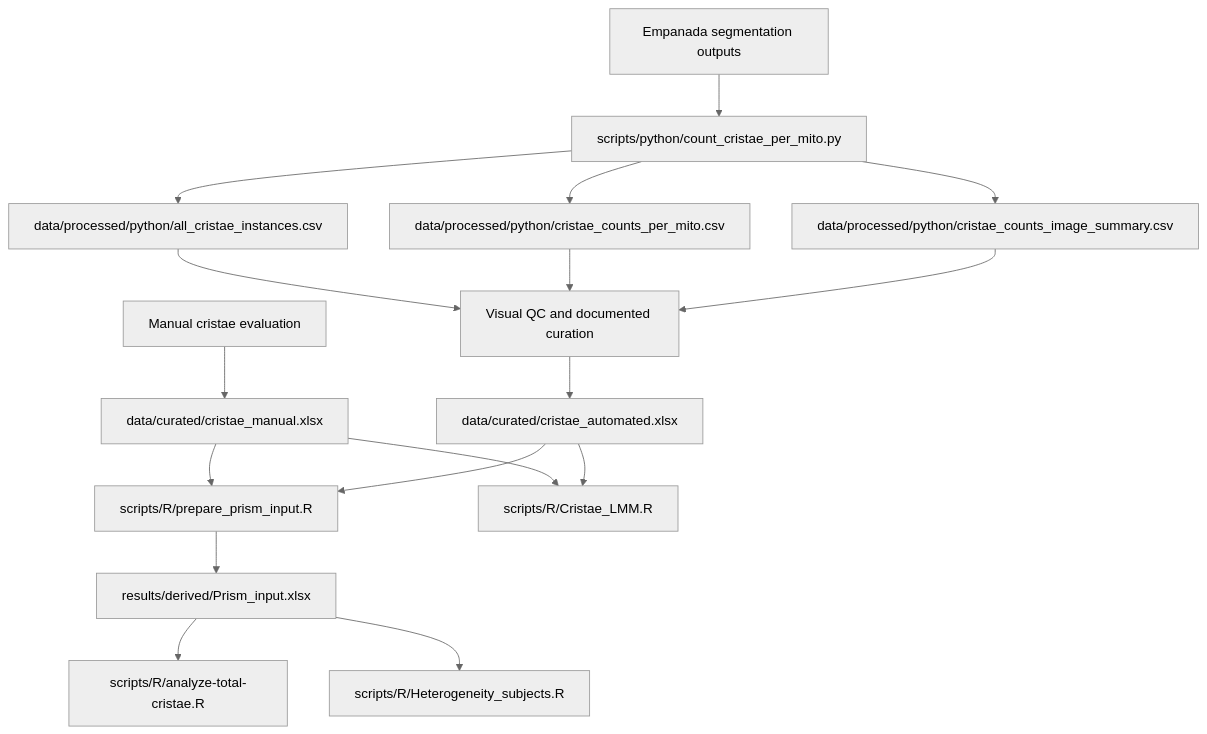
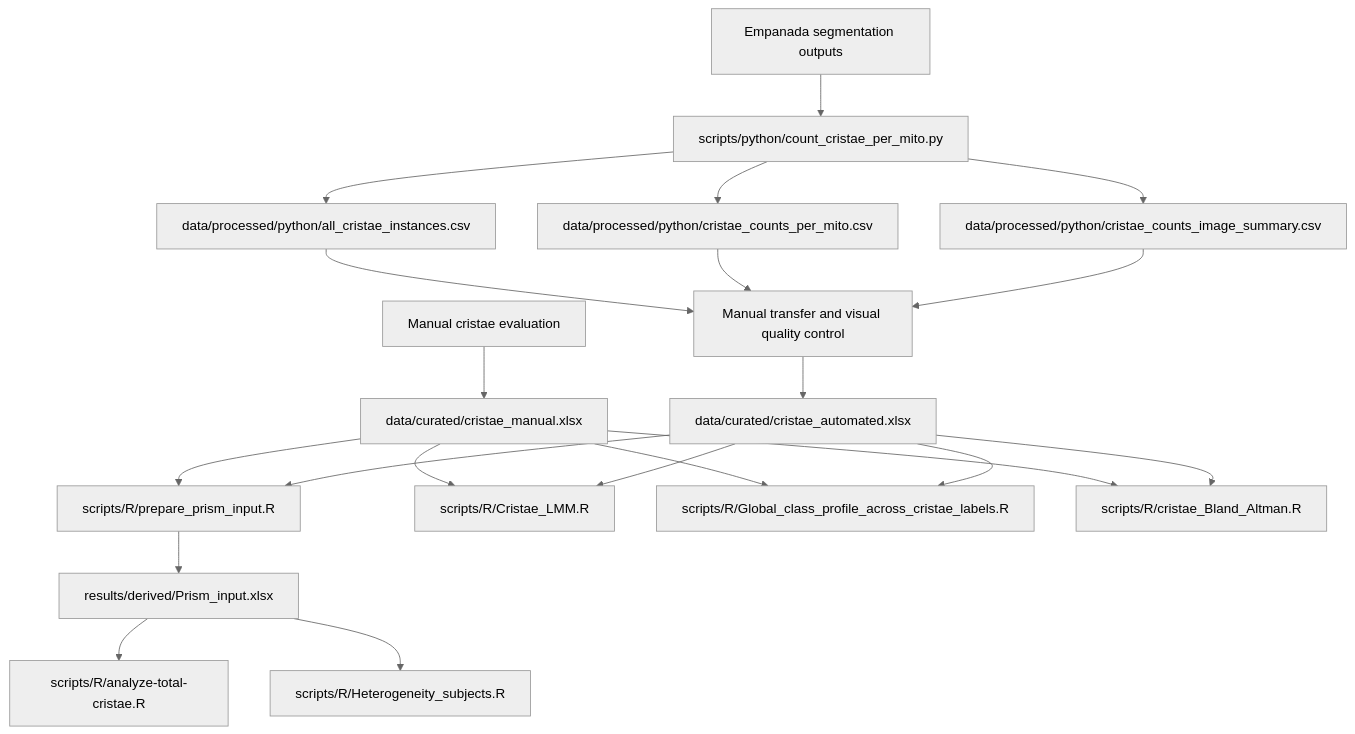
Before and after one commit to nikolvolfova-web/Mitochondrial-Ultrastructure-Analysis: the diagram in docs/DATA_PROVENANCE.md, drawn with Mermaid (neutral theme). The commit also changed other lines of this file and 13 other files, not shown here.

````diff
--- a/docs/DATA_PROVENANCE.md
+++ b/docs/DATA_PROVENANCE.md
@@ -22,24 +23,30 @@
 ```mermaid
 flowchart TD
     M1["Manual cristae evaluation"] --> M2["data/curated/cristae_manual.xlsx"]
 
     E1["Empanada segmentation outputs"] --> P["scripts/python/count_cristae_per_mito.py"]
     P --> C1["data/processed/python/all_cristae_instances.csv"]
     P --> C2["data/processed/python/cristae_counts_per_mito.csv"]
     P --> C3["data/processed/python/cristae_counts_image_summary.csv"]
 
-    C1 --> Q["Visual QC and documented curation"]
+    C1 --> Q["Manual transfer and visual quality control"]
     C2 --> Q
     C3 --> Q
     Q --> A["data/curated/cristae_automated.xlsx"]
 
     M2 --> PI["scripts/R/prepare_prism_input.R"]
     A --> PI
     PI --> PR["results/derived/Prism_input.xlsx"]
 
     PR --> T["scripts/R/analyze-total-cristae.R"]
     PR --> H["scripts/R/Heterogeneity_subjects.R"]
 
     M2 --> L["scripts/R/Cristae_LMM.R"]
     A --> L
+
+    M2 --> G["scripts/R/Global_class_profile_across_cristae_labels.R"]
+    A --> G
+
+    M2 --> BA["scripts/R/cristae_Bland_Altman.R"]
+    A --> BA
 ```
````
